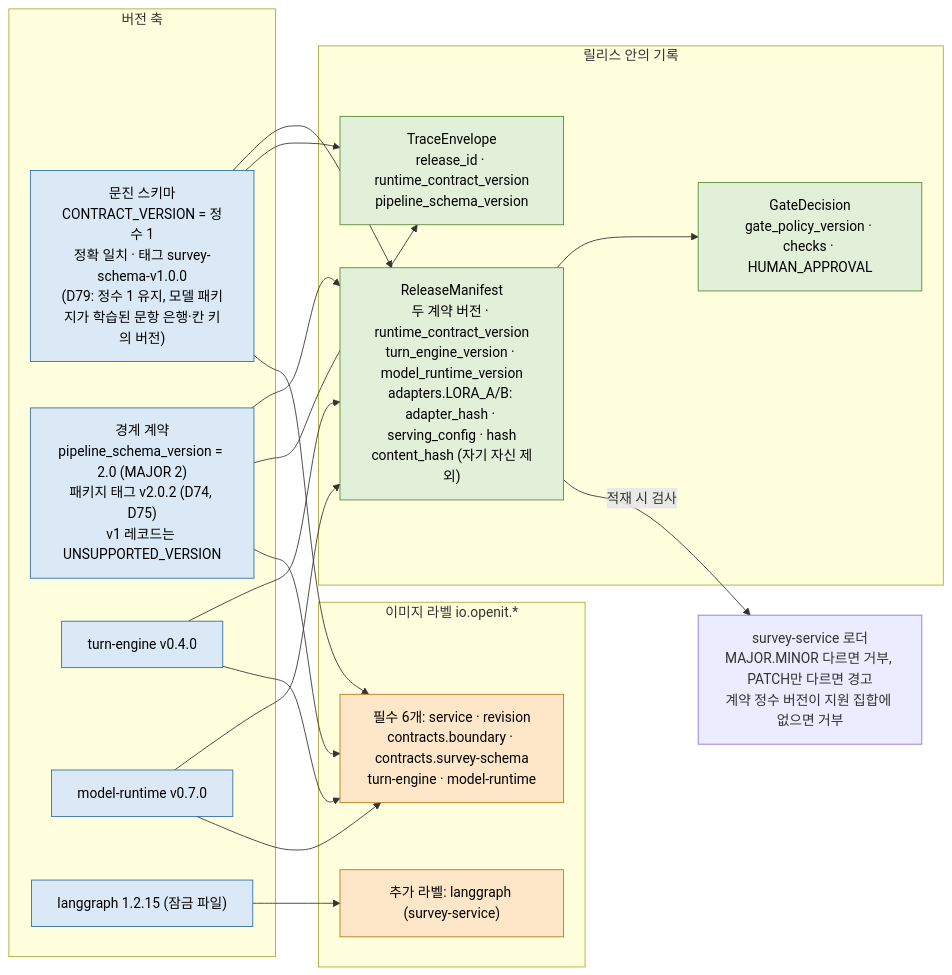
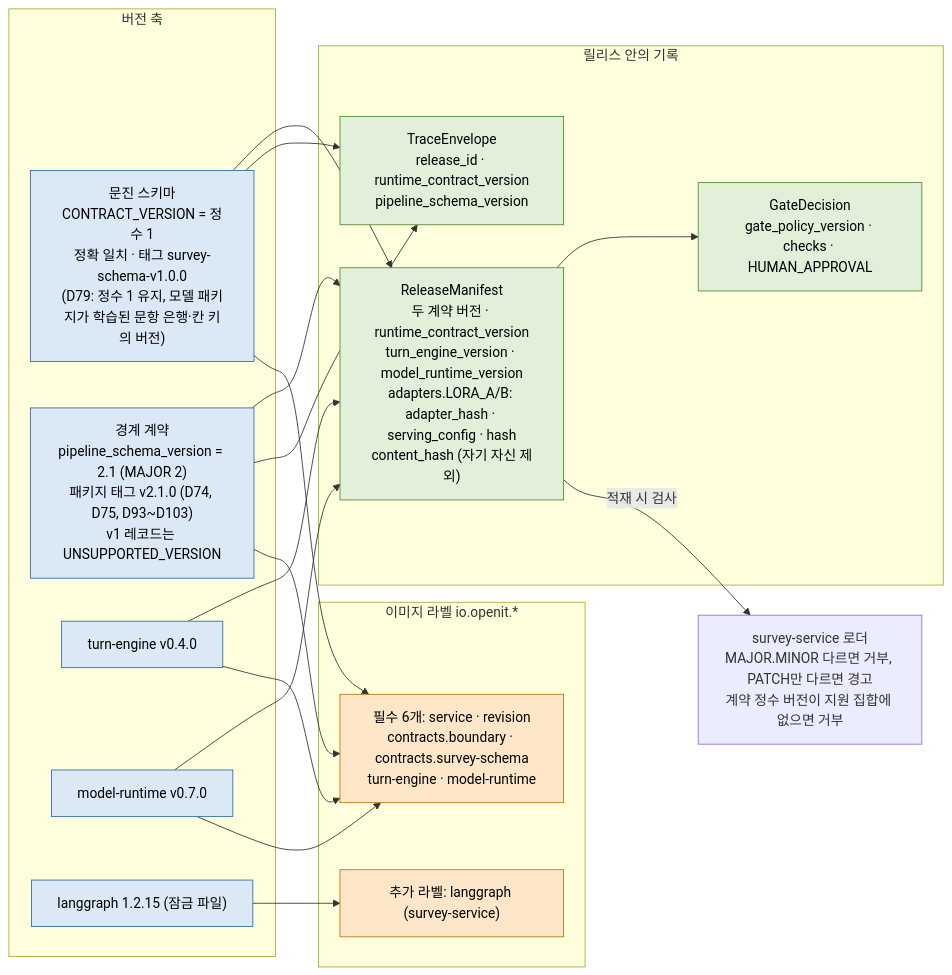
Before and after one commit to Sdabin1209/openit_head: diagram 12 of 12 in docs/architecture.md, drawn with Mermaid. The commit also changed other lines of this file and 3 other files, not shown here.

Commit message:
현행 서술 정정: 기준 버전(OVERVIEW, PROJECT_STRUCTURE, architecture), 루트 CLAUDE.md의 태그 변수명·예시, 브리프

````diff
--- a/docs/architecture.md
+++ b/docs/architecture.md
@@ -696,39 +696,39 @@
 ```mermaid
 flowchart LR
   classDef ver fill:#dbe9f7,stroke:#2e6da4,color:#000
   classDef rec fill:#e2f0d9,stroke:#4f8a2f,color:#000
   classDef img fill:#fde7c8,stroke:#b9770e,color:#000
 
   subgraph V["버전 축"]
     SV1["문진 스키마<br/>CONTRACT_VERSION = 정수 1<br/>정확 일치 · 태그 survey-schema-v1.0.0<br/>(D79: 정수 1 유지, 모델 패키지가 학습된 문항 은행·칸 키의 버전)"]:::ver
-    BV["경계 계약<br/>pipeline_schema_version = 2.0 (MAJOR 2)<br/>패키지 태그 v2.0.2 (D74, D75)<br/>v1 레코드는 UNSUPPORTED_VERSION"]:::ver
+    BV["경계 계약<br/>pipeline_schema_version = 2.1 (MAJOR 2)<br/>패키지 태그 v2.1.0 (D74, D75, D93~D103)<br/>v1 레코드는 UNSUPPORTED_VERSION"]:::ver
     TV["turn-engine v0.4.0"]:::ver
     MV["model-runtime v0.7.0"]:::ver
     LV["langgraph 1.2.15 (잠금 파일)"]:::ver
   end
 
   subgraph R["릴리스 안의 기록"]
     RM["ReleaseManifest<br/>두 계약 버전 · runtime_contract_version<br/>turn_engine_version · model_runtime_version<br/>adapters.LORA_A/B: adapter_hash · serving_config · hash<br/>content_hash (자기 자신 제외)"]:::rec
     GD["GateDecision<br/>gate_policy_version · checks · HUMAN_APPROVAL"]:::rec
     TE["TraceEnvelope<br/>release_id · runtime_contract_version<br/>pipeline_schema_version"]:::rec
   end
 
   subgraph I["이미지 라벨 io.openit.*"]
     L6["필수 6개: service · revision<br/>contracts.boundary · contracts.survey-schema<br/>turn-engine · model-runtime"]:::img
     LX["추가 라벨: langgraph (survey-service)"]:::img
   end
 
   BV --> RM
   SV1 --> RM
   TV --> RM
   MV --> RM
   RM --> GD
   RM -->|"적재 시 검사"| LOAD["survey-service 로더<br/>MAJOR.MINOR 다르면 거부, PATCH만 다르면 경고<br/>계약 정수 버전이 지원 집합에 없으면 거부"]
   SV1 --> TE
   BV --> TE
   BV --> L6
   SV1 --> L6
   TV --> L6
   MV --> L6
   LV --> LX
 ```
````
